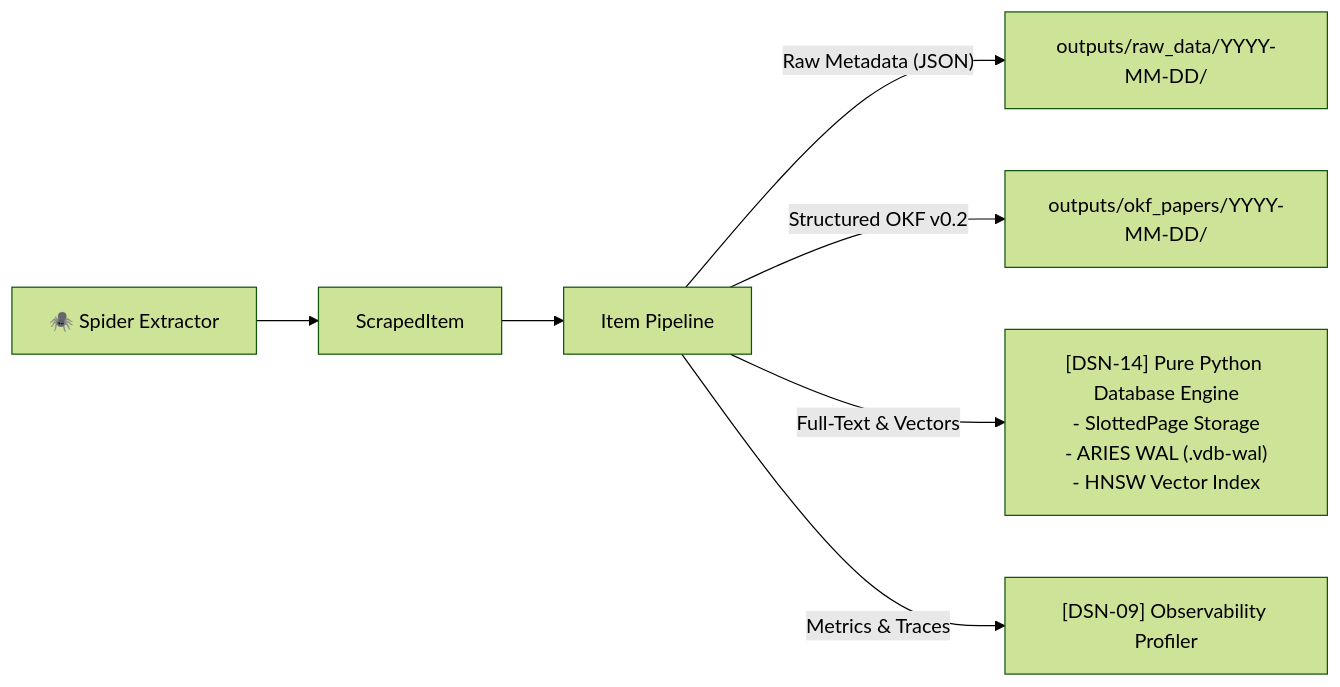
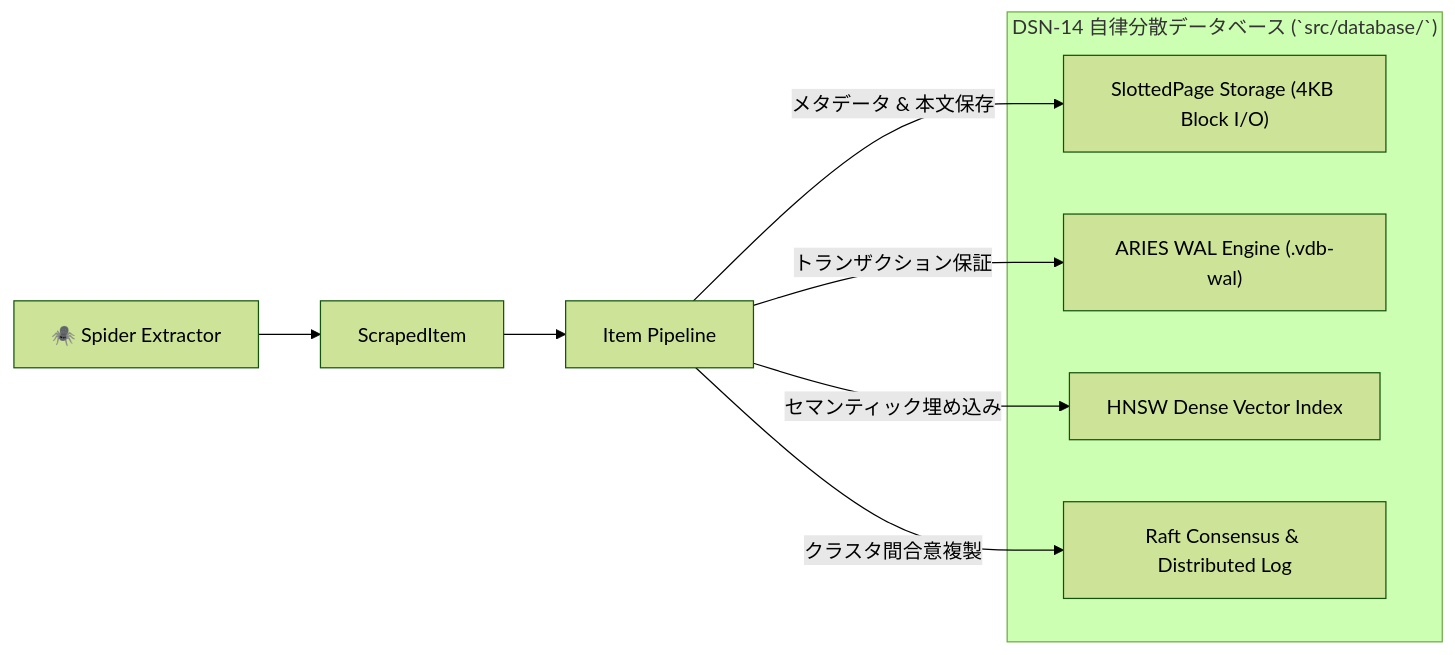
Before and after one commit to rokujyouhitoma/arxiv-security-papers: diagram 11 of 12 in docs/designs/DSN-15-distributed_spider_and_crawler_architecture.md, drawn with Mermaid (forest theme). The commit also changed other lines of this file, not shown here.

Commit message:
docs(designs): elevate DSN-15 to code-free high-level architecture matching DSN-14 granularity

````diff
--- a/docs/designs/DSN-15-distributed_spider_and_crawler_architecture.md
+++ b/docs/designs/DSN-15-distributed_spider_and_crawler_architecture.md
@@ -419,10 +548,17 @@
 ```mermaid
 flowchart LR
     SPIDER["🕷️ Spider Extractor"] --> ITEM["ScrapedItem"]
-    ITEM --> PIPE["Item Pipeline"]
+    ITEM --> PIPELINE["Item Pipeline"]
     
-    PIPE -->|"Raw Metadata (JSON)"| RAW_STORE["outputs/raw_data/YYYY-MM-DD/"]
-    PIPE -->|"Structured OKF v0.2"| OKF_STORE["outputs/okf_papers/YYYY-MM-DD/"]
-    PIPE -->|"Full-Text & Vectors"| DSN14_DB["[DSN-14] Pure Python Database Engine<br/>- SlottedPage Storage<br/>- ARIES WAL (.vdb-wal)<br/>- HNSW Vector Index"]
-    PIPE -->|"Metrics & Traces"| OBS["[DSN-09] Observability Profiler"]
+    subgraph DSN14 ["DSN-14 自律分散データベース (`src/database/`)"]
+        SLOTTED["SlottedPage Storage (4KB Block I/O)"]
+        WAL["ARIES WAL Engine (.vdb-wal)"]
+        HNSW["HNSW Dense Vector Index"]
+        RAFT["Raft Consensus & Distributed Log"]
+    end
+    
+    PIPELINE -->|"メタデータ & 本文保存"| SLOTTED
+    PIPELINE -->|"トランザクション保証"| WAL
+    PIPELINE -->|"セマンティック埋め込み"| HNSW
+    PIPELINE -->|"クラスタ間合意複製"| RAFT
 ```
````
